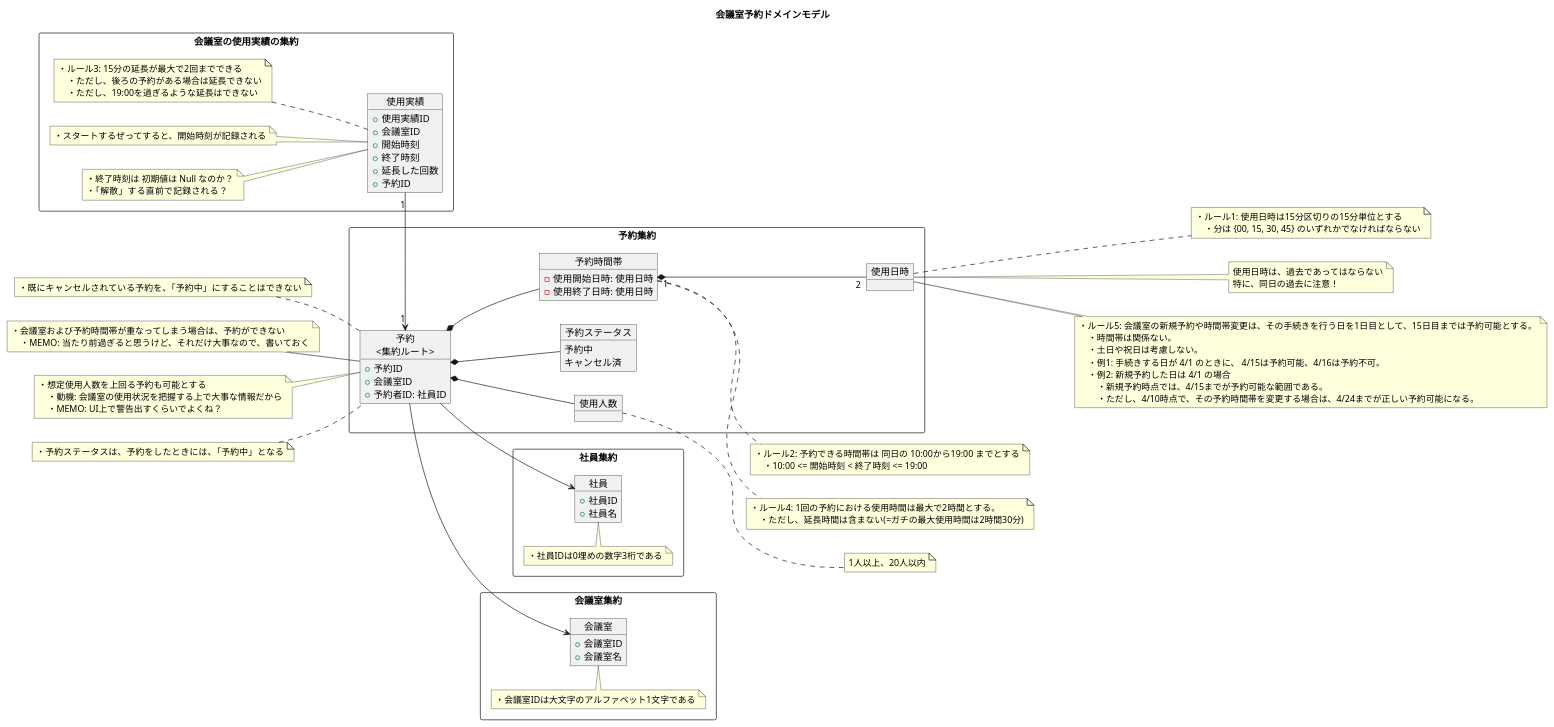
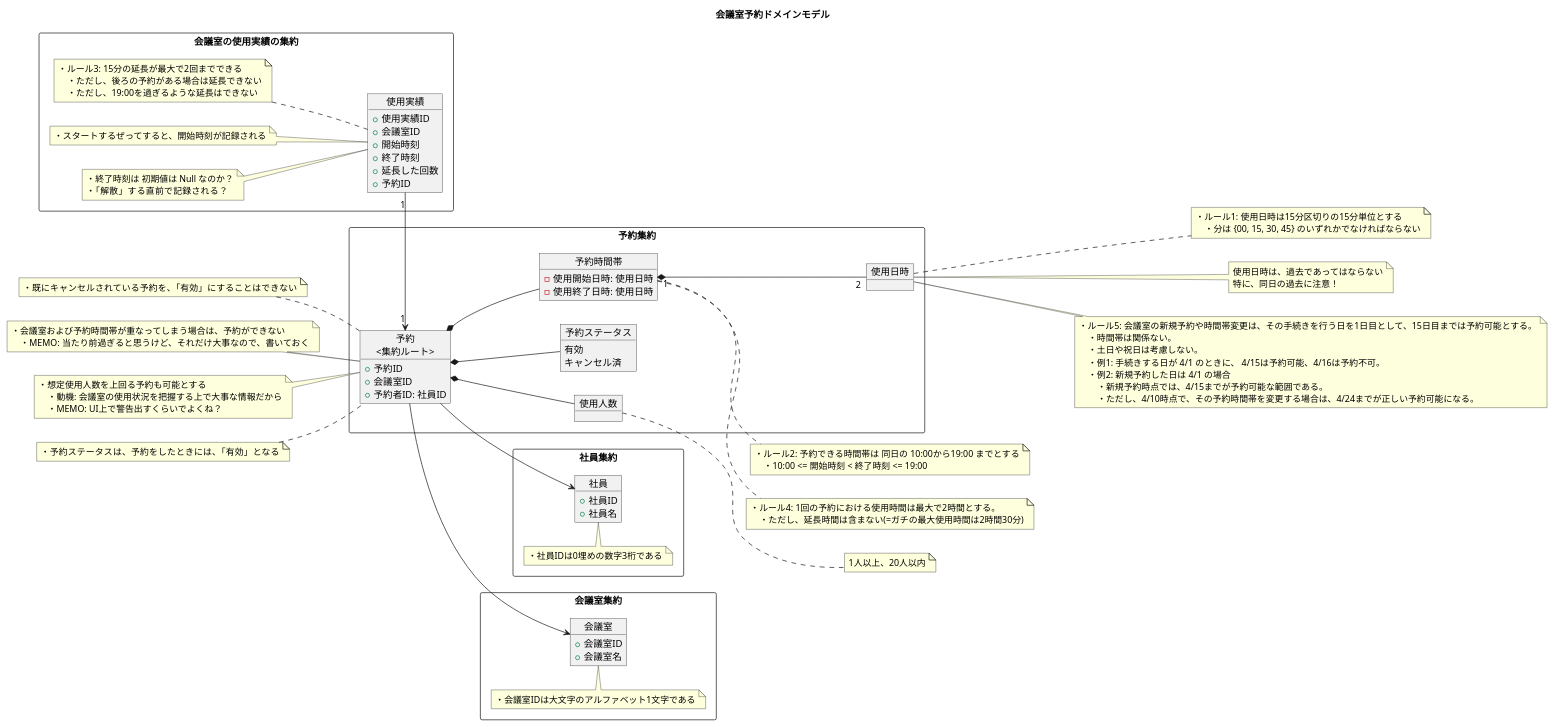
One commit to ModelingKai/meeting-room-python changed the diagram in diagram/ドメインモデル.puml. Above: the diagram before and after it, drawn with PlantUML. The commit also changed 5 other files, not shown here.

```diff
--- a/diagram/ドメインモデル.puml
+++ b/diagram/ドメインモデル.puml
@@ -1,154 +1,154 @@
 @startuml
 
 title 会議室予約ドメインモデル
 
 left to right direction
 
 rectangle 社員集約 {
     object 社員 {
         + 社員ID
         + 社員名
     }
     note top of 社員
     ・社員IDは0埋めの数字3桁である
     end note
 }
 
 rectangle 予約集約 {
     object "予約\n<集約ルート>" as c1 {
         + 予約ID
         + 会議室ID
         + 予約者ID: 社員ID
     }
 
     object 予約ステータス {
-        予約中
+        有効
         キャンセル済
     }
 
     object 使用人数 {
     }
 
     object 予約時間帯 {
         - 使用開始日時: 使用日時
         - 使用終了日時: 使用日時
     }
 
 
     object 使用日時 {
     }
 }
 
 
 rectangle 会議室の使用実績の集約 {
     object "使用実績"  as c2{
         + 使用実績ID
         + 会議室ID
         + 開始時刻
         + 終了時刻
         + 延長した回数
 
         + 予約ID
     }
 
     note left of c2
     ・スタートするぜってすると、開始時刻が記録される
     end note
 
     note left of c2
     ・終了時刻は 初期値は Null なのか？
     ・「解散」する直前で記録される？
     end note
 
     note left of c2
     ・ルール3: 15分の延長が最大で2回までできる
         ・ただし、後ろの予約がある場合は延長できない
         ・ただし、19:00を過ぎるような延長はできない
     end note
 
     c2 "1" -right-> "1" c1
 
 }
 
 rectangle 会議室集約 {
     object 会議室 {
         + 会議室ID
         + 会議室名
     }
     note top of 会議室
     ・会議室IDは大文字のアルファベット1文字である
     end note
 
 }
 
 
 c1 --> 会議室
 c1 --> 社員
 c1 *-- 使用人数
 c1 *-- 予約時間帯
 c1 *-- 予約ステータス
 予約時間帯 "1" *-- "2" 使用日時
 
 
 ' ===== 予約 =====
 note left of c1
-・予約ステータスは、予約をしたときには、「予約中」となる
+・予約ステータスは、予約をしたときには、「有効」となる
 end note
 
 note left of c1
-・既にキャンセルされている予約を、「予約中」にすることはできない
+・既にキャンセルされている予約を、「有効」にすることはできない
 end note
 
 
 note left of c1
 ・会議室および予約時間帯が重なってしまう場合は、予約ができない
     ・MEMO: 当たり前過ぎると思うけど、それだけ大事なので、書いておく
 end note
 
 note left of c1
 ・想定使用人数を上回る予約も可能とする
     ・動機: 会議室の使用状況を把握する上で大事な情報だから
     ・MEMO: UI上で警告出すくらいでよくね？
 end note
 
 
 
 ' ===== 予約時間帯 =====
 note right of 予約時間帯
 ・ルール2: 予約できる時間帯は 同日の 10:00から19:00 までとする
     ・10:00 <= 開始時刻 < 終了時刻 <= 19:00
 end note
 
 
 note right of 予約時間帯
 ・ルール4: 1回の予約における使用時間は最大で2時間とする。
     ・ただし、延長時間は含まない(=ガチの最大使用時間は2時間30分)
 end note
 
 
 ' ===== 使用日時 =====
 note right of 使用日時
 ・ルール1: 使用日時は15分区切りの15分単位とする
     ・分は {00, 15, 30, 45} のいずれかでなければならない
 end note
 
 note right of 使用日時
 使用日時は、過去であってはならない
 特に、同日の過去に注意！
 end note
 
 note right of 使用日時
 ・ルール5: 会議室の新規予約や時間帯変更は、その手続きを行う日を1日目として、15日目までは予約可能とする。
     ・時間帯は関係ない。
     ・土日や祝日は考慮しない。
     ・例1: 手続きする日が 4/1 のときに、 4/15は予約可能、4/16は予約不可。
     ・例2: 新規予約した日は 4/1 の場合
         ・新規予約時点では、4/15までが予約可能な範囲である。
         ・ただし、4/10時点で、その予約時間帯を変更する場合は、4/24までが正しい予約可能になる。
 end note
 
 note right of 使用人数
 1人以上、20人以内
 end note
 
 @enduml
```
